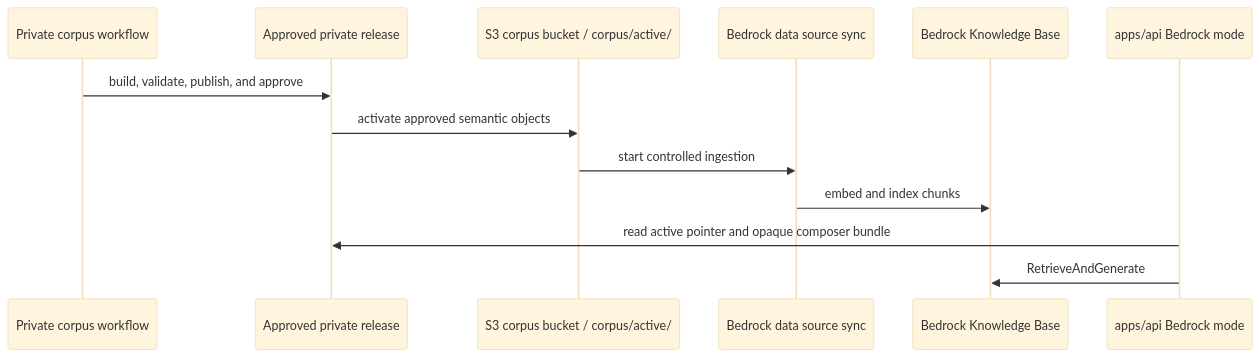
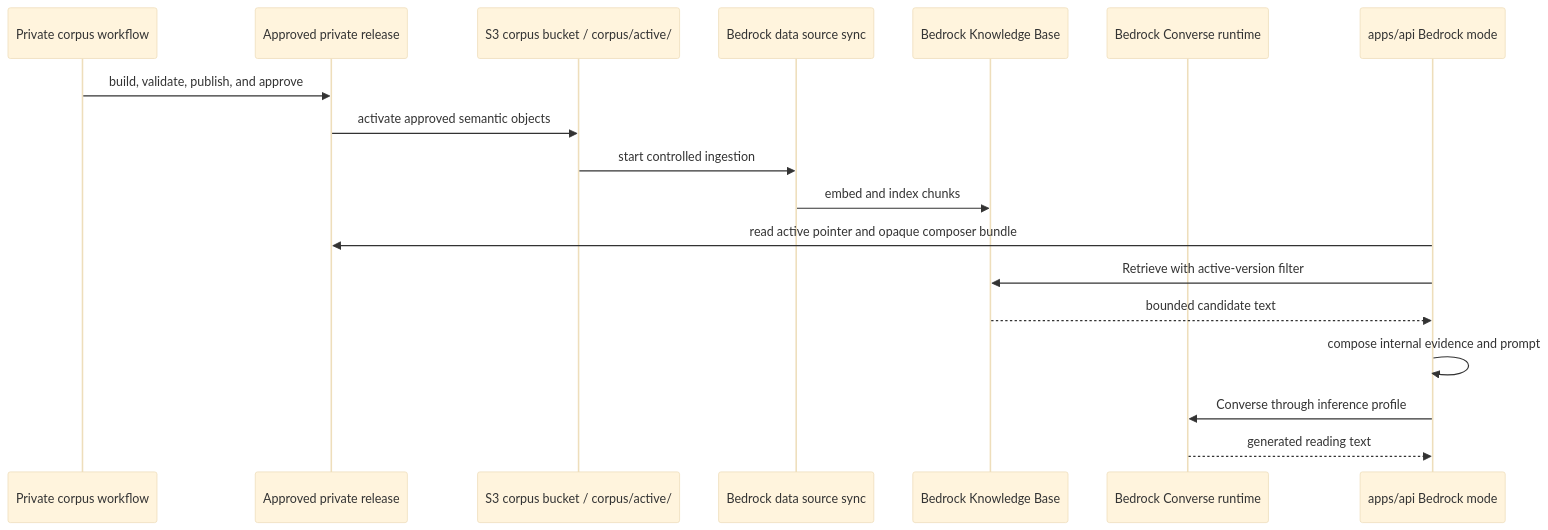
One commit to ava-collins/simple-tarot changed the third of 3 diagrams in docs/bedrock_rag_api_integration.md. Above: the diagram before and after it, drawn with Mermaid (base theme). The commit also changed other lines of this file and 9 other files, not shown here.

````diff
--- a/docs/bedrock_rag_api_integration.md
+++ b/docs/bedrock_rag_api_integration.md
@@ -257,16 +262,21 @@
 ```mermaid
 sequenceDiagram
     participant Owner as Private corpus workflow
     participant Release as Approved private release
     participant S3 as S3 corpus bucket / corpus/active/
     participant Sync as Bedrock data source sync
     participant KB as Bedrock Knowledge Base
+    participant Runtime as Bedrock Converse runtime
     participant API as apps/api Bedrock mode
 
     Owner->>Release: build, validate, publish, and approve
     Release->>S3: activate approved semantic objects
     S3->>Sync: start controlled ingestion
     Sync->>KB: embed and index chunks
     API->>Release: read active pointer and opaque composer bundle
-    API->>KB: RetrieveAndGenerate
+    API->>KB: Retrieve with active-version filter
+    KB-->>API: bounded candidate text
+    API->>API: compose internal evidence and prompt
+    API->>Runtime: Converse through inference profile
+    Runtime-->>API: generated reading text
 ```
````
